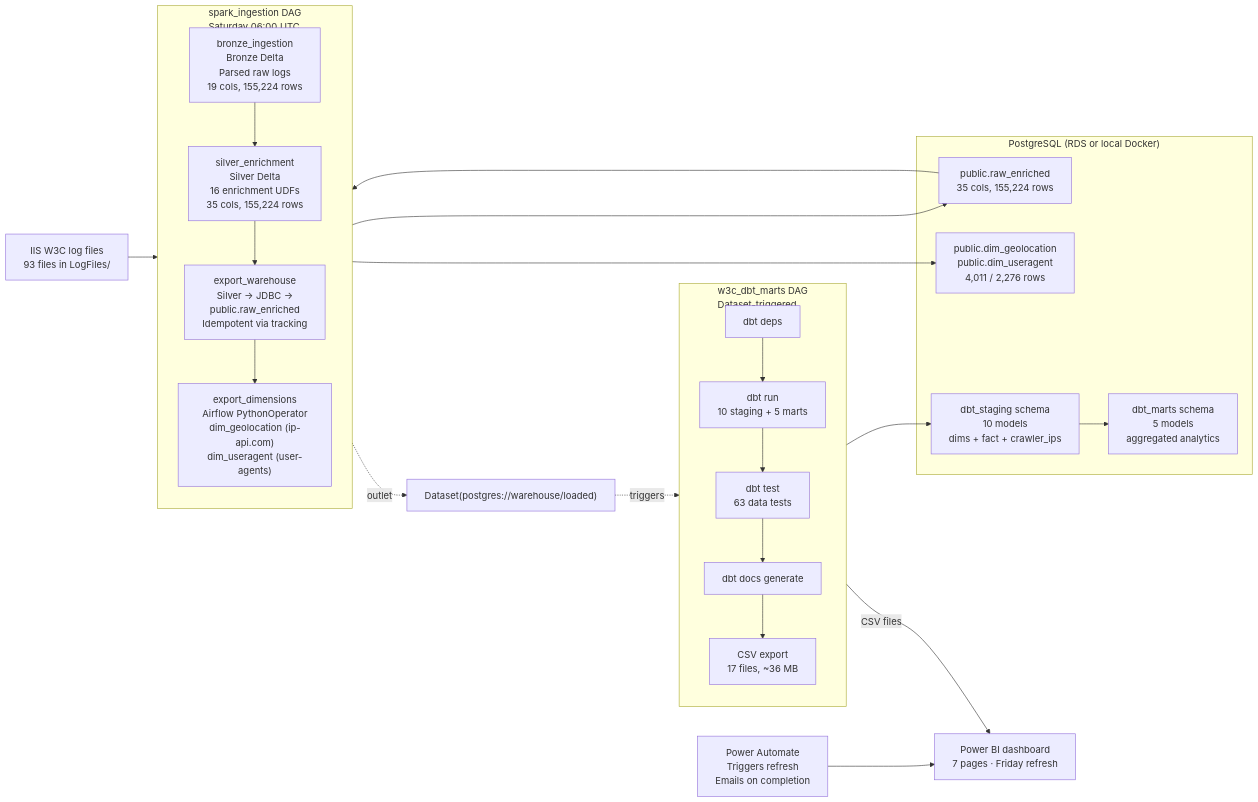
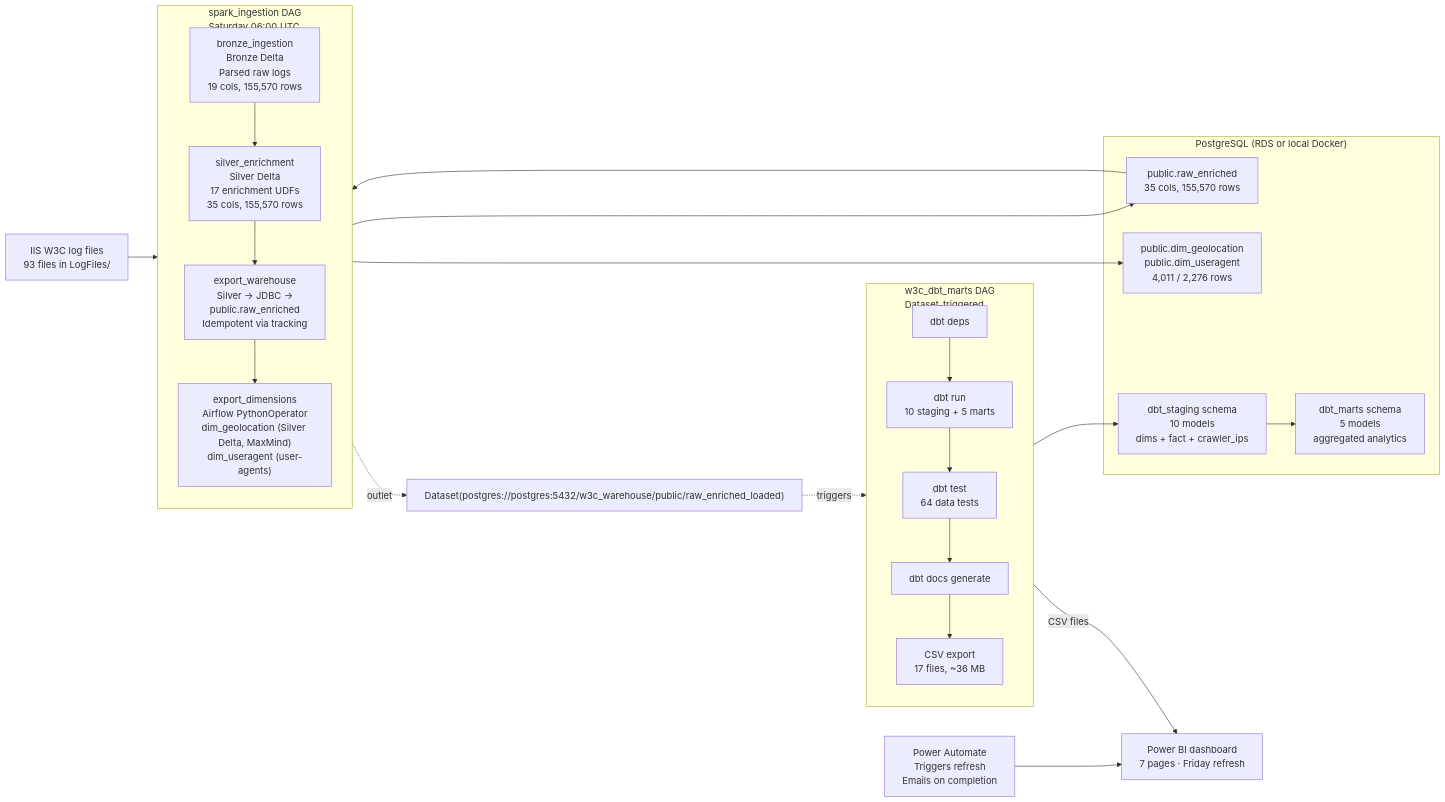
The second of 14 diagrams in README.md (AhmedIkram05/w3c-etl-pipeline), drawn with Mermaid before and after one commit. The commit also changed other lines of this file, not shown here.

Commit message:
docs: update README with enhanced pipeline details, including data volume, quality metrics, and infrastructure changes

````diff
--- a/README.md
+++ b/README.md
@@ -92,45 +116,45 @@
 ```mermaid
 flowchart LR
     source["IIS W3C log files<br/>93 files in LogFiles/"]
 
     subgraph sparkdag["spark_ingestion DAG<br/>Saturday 06:00 UTC"]
         direction TB
-        bronze["bronze_ingestion<br/>Bronze Delta<br/>Parsed raw logs<br/>19 cols, 155,224 rows"]
-        silver["silver_enrichment<br/>Silver Delta<br/>16 enrichment UDFs<br/>35 cols, 155,224 rows"]
+        bronze["bronze_ingestion<br/>Bronze Delta<br/>Parsed raw logs<br/>19 cols, 155,570 rows"]
+        silver["silver_enrichment<br/>Silver Delta<br/>17 enrichment UDFs<br/>35 cols, 155,570 rows"]
         export["export_warehouse<br/>Silver -> JDBC -><br/>public.raw_enriched<br/>Idempotent via tracking"]
-        dims["export_dimensions<br/>Airflow PythonOperator<br/>dim_geolocation (ip-api.com)<br/>dim_useragent (user-agents)"]
+        dims["export_dimensions<br/>Airflow PythonOperator<br/>dim_geolocation (Silver Delta, MaxMind)<br/>dim_useragent (user-agents)"]
         bronze --> silver --> export --> dims
     end
 
     subgraph postgres["PostgreSQL (RDS or local Docker)"]
-        raw_enriched["public.raw_enriched<br/>35 cols, 155,224 rows"]
+        raw_enriched["public.raw_enriched<br/>35 cols, 155,570 rows"]
         air_dims["public.dim_geolocation<br/>public.dim_useragent<br/>4,011 / 2,276 rows"]
         staging["dbt_staging schema<br/>10 models<br/>dims + fact + crawler_ips"]
         marts["dbt_marts schema<br/>5 models<br/>aggregated analytics"]
     end
 
     subgraph dbt_dag["w3c_dbt_marts DAG<br/>Dataset-triggered"]
         direction TB
         dbt_deps["dbt deps"]
         dbt_run["dbt run<br/>10 staging + 5 marts"]
-        dbt_test["dbt test<br/>63 data tests"]
+        dbt_test["dbt test<br/>64 data tests"]
         dbt_docs["dbt docs generate"]
         csv_export["CSV export<br/>17 files, ~36 MB"]
         dbt_deps --> dbt_run --> dbt_test --> dbt_docs --> csv_export
     end
 
     powerbi["Power BI dashboard<br/>7 pages · Friday refresh"]
     automation["Power Automate<br/>Triggers refresh<br/>Emails on completion"]
-    dataset["Dataset(postgres://warehouse/loaded)"]
+    dataset["Dataset(postgres://postgres:5432/w3c_warehouse/public/raw_enriched_loaded)"]
 
     source --> bronze
     dims -.->|outlet| dataset
     dataset -.->|triggers| dbt_dag
     export --> raw_enriched
     raw_enriched --> dims
     dims --> air_dims
     dbt_run --> staging
     staging --> marts
     csv_export -->|CSV files| powerbi
     automation --> powerbi
 ```
````
